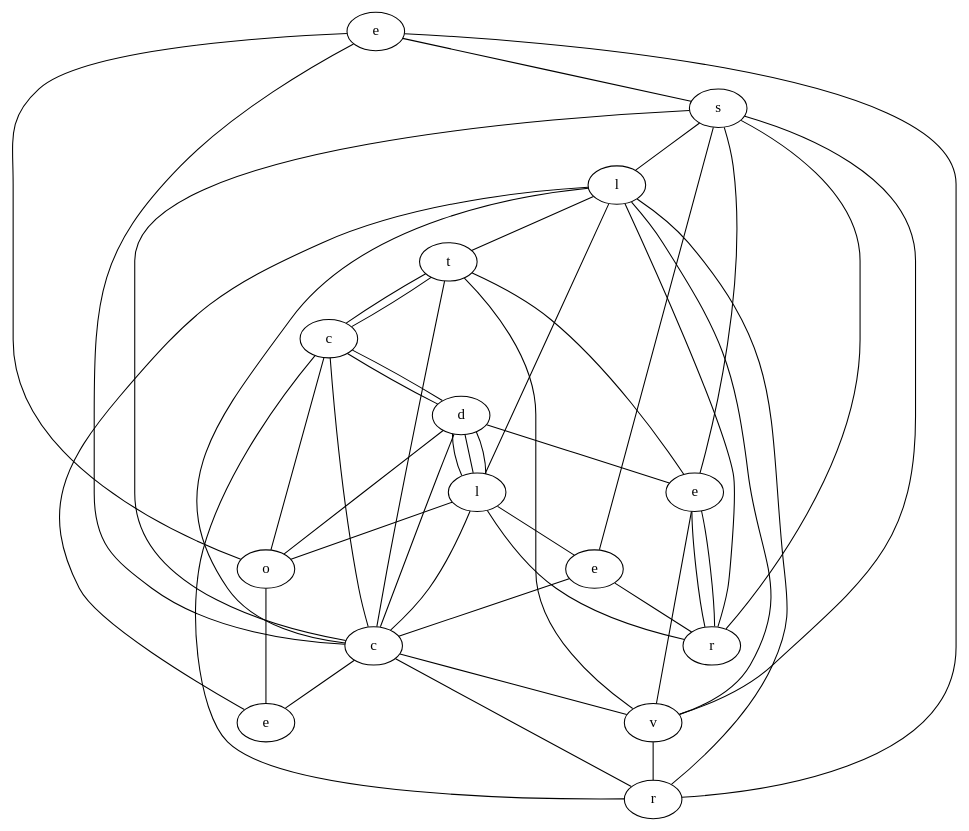
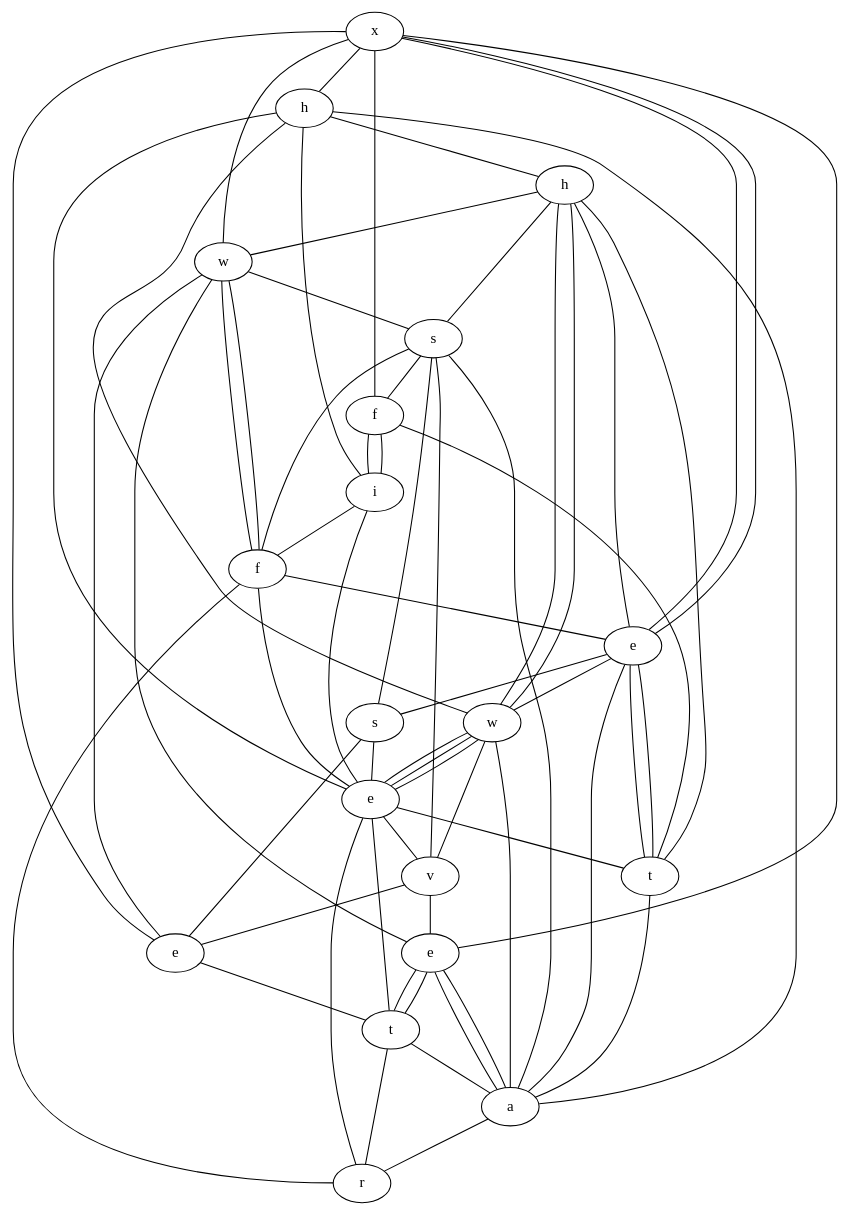
The diagram in NPC/tst/hint.dot (znichola/google-ctf), drawn with Graphviz before and after one commit. The commit also changed 4 other files, not shown here.

```diff
--- a/NPC/tst/hint.dot
+++ b/NPC/tst/hint.dot
@@ -1,64 +1,84 @@
 graph {
-    390015863 [label=e];
-    787531142 [label=l];
-    378198415 [label=s];
-    944233259 [label=d];
-    605913341 [label=c];
-    609074135 [label=v];
-    292847615 [label=e];
-    576503009 [label=t];
-    514518825 [label=r];
-    433660778 [label=o];
-    132512237 [label=e];
-    512243689 [label=c];
-    386682038 [label=l];
-    390665708 [label=r];
-    504700872 [label=e];
-    378198415 -- 609074135;
-    386682038 -- 944233259;
-    433660778 -- 605913341;
-    944233259 -- 504700872;
-    132512237 -- 512243689;
-    378198415 -- 390665708;
-    512243689 -- 944233259;
-    504700872 -- 390665708;
-    504700872 -- 609074135;
-    944233259 -- 386682038;
-    514518825 -- 605913341;
-    787531142 -- 390665708;
-    512243689 -- 378198415;
-    433660778 -- 944233259;
-    433660778 -- 292847615;
-    512243689 -- 514518825;
-    386682038 -- 132512237;
-    292847615 -- 787531142;
-    576503009 -- 605913341;
-    390015863 -- 378198415;
-    576503009 -- 609074135;
-    390665708 -- 386682038;
-    512243689 -- 609074135;
-    378198415 -- 787531142;
-    605913341 -- 944233259;
-    605913341 -- 944233259;
-    944233259 -- 386682038;
-    514518825 -- 390015863;
-    609074135 -- 514518825;
-    514518825 -- 787531142;
-    512243689 -- 292847615;
-    132512237 -- 390665708;
-    504700872 -- 390665708;
-    787531142 -- 576503009;
-    609074135 -- 787531142;
-    605913341 -- 512243689;
-    390015863 -- 512243689;
-    378198415 -- 132512237;
-    787531142 -- 512243689;
-    576503009 -- 605913341;
-    386682038 -- 512243689;
-    576503009 -- 504700872;
-    787531142 -- 386682038;
-    386682038 -- 433660778;
-    576503009 -- 512243689;
-    433660778 -- 390015863;
-    378198415 -- 504700872;
+    735423680 [label=x];
+    648023861 [label=h];
+    970112420 [label=w];
+    314247011 [label=t];
+    1053777200 [label=h];
+    164924782 [label=a];
+    543758979 [label=i];
+    997633896 [label=e];
+    289509850 [label=e];
+    463165210 [label=t];
+    188170511 [label=r];
+    154091260 [label=s];
+    292930401 [label=e];
+    151466935 [label=f];
+    558518560 [label=s];
+    40467316 [label=v];
+    865292257 [label=f];
+    3093517 [label=w];
+    438393416 [label=e];
+    1053777200 -- 970112420;
+    438393416 -- 970112420;
+    543758979 -- 151466935;
+    1053777200 -- 3093517;
+    40467316 -- 438393416;
+    40467316 -- 997633896;
+    164924782 -- 648023861;
+    463165210 -- 997633896;
+    289509850 -- 3093517;
+    154091260 -- 438393416;
+    164924782 -- 188170511;
+    865292257 -- 543758979;
+    463165210 -- 164924782;
+    289509850 -- 154091260;
+    314247011 -- 164924782;
+    289509850 -- 164924782;
+    970112420 -- 151466935;
+    289509850 -- 314247011;
+    292930401 -- 543758979;
+    463165210 -- 292930401;
+    3093517 -- 292930401;
+    188170511 -- 292930401;
+    735423680 -- 997633896;
+    543758979 -- 865292257;
+    735423680 -- 865292257;
+    970112420 -- 558518560;
+    648023861 -- 3093517;
+    648023861 -- 543758979;
+    289509850 -- 1053777200;
+    997633896 -- 463165210;
+    558518560 -- 1053777200;
+    151466935 -- 188170511;
+    292930401 -- 314247011;
+    292930401 -- 151466935;
+    735423680 -- 289509850;
+    188170511 -- 463165210;
+    735423680 -- 648023861;
+    314247011 -- 289509850;
+    558518560 -- 865292257;
+    970112420 -- 735423680;
+    292930401 -- 3093517;
+    558518560 -- 40467316;
+    314247011 -- 865292257;
+    3093517 -- 1053777200;
+    289509850 -- 735423680;
+    558518560 -- 151466935;
+    40467316 -- 3093517;
+    154091260 -- 292930401;
+    164924782 -- 997633896;
+    164924782 -- 3093517;
+    164924782 -- 997633896;
+    970112420 -- 151466935;
+    154091260 -- 558518560;
+    292930401 -- 40467316;
+    1053777200 -- 314247011;
+    648023861 -- 1053777200;
+    438393416 -- 735423680;
+    997633896 -- 970112420;
+    292930401 -- 3093517;
+    558518560 -- 164924782;
+    438393416 -- 463165210;
+    151466935 -- 289509850;
+    292930401 -- 648023861;
 }
```
